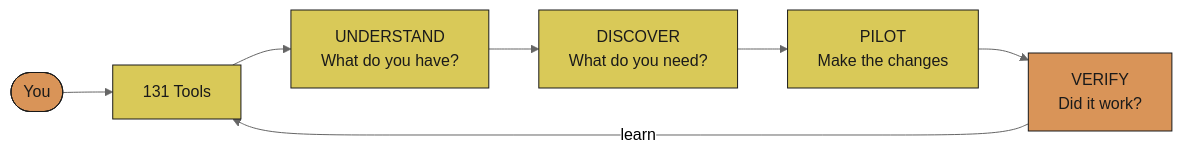
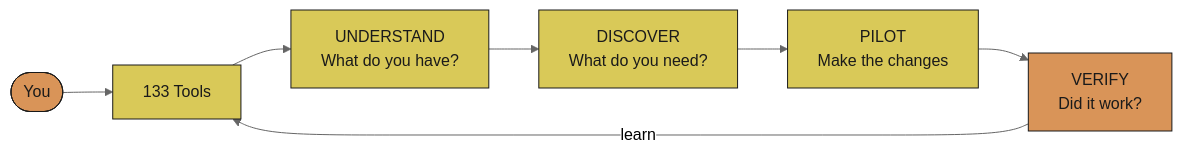
One commit to JosephOIbrahim/Comfy-Cozy changed the eighth of 33 diagrams in README.md. Above: the diagram before and after it, drawn with Mermaid (neutral theme). The commit also changed other lines of this file, not shown here.

````diff
--- a/README.md
+++ b/README.md
@@ -601,14 +635,14 @@
 ```mermaid
 graph LR
-    You([You]) --> Agent[131 Tools]
+    You([You]) --> Agent[133 Tools]
     Agent --> Understand[UNDERSTAND<br/>What do you have?]
     Understand --> Discover[DISCOVER<br/>What do you need?]
     Discover --> Pilot[PILOT<br/>Make the changes]
     Pilot --> Verify[VERIFY<br/>Did it work?]
     Verify -->|learn| Agent
 
     classDef orange fill:#d99458,color:#1a1a1a,stroke:#1a1a1a
     classDef yellow fill:#d9c958,color:#1a1a1a,stroke:#1a1a1a
     class You,Verify orange
     class Understand,Discover,Pilot,Agent yellow
 ```
````
